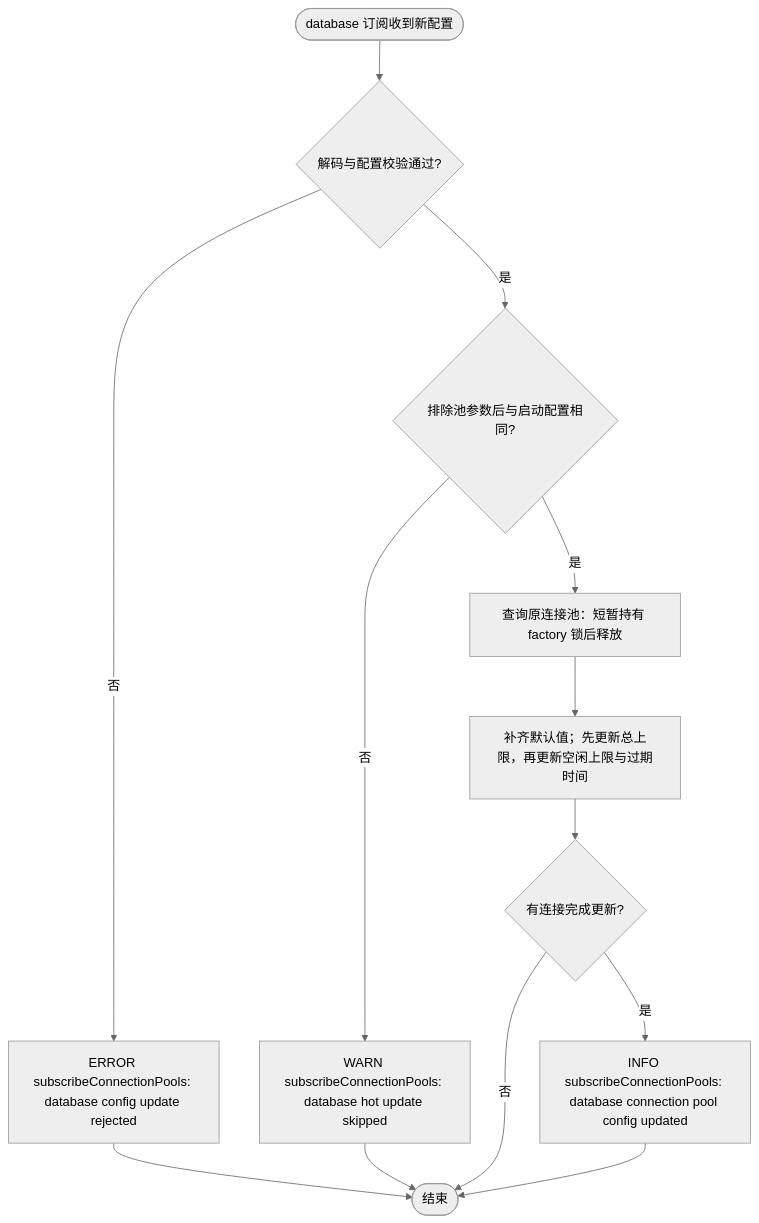
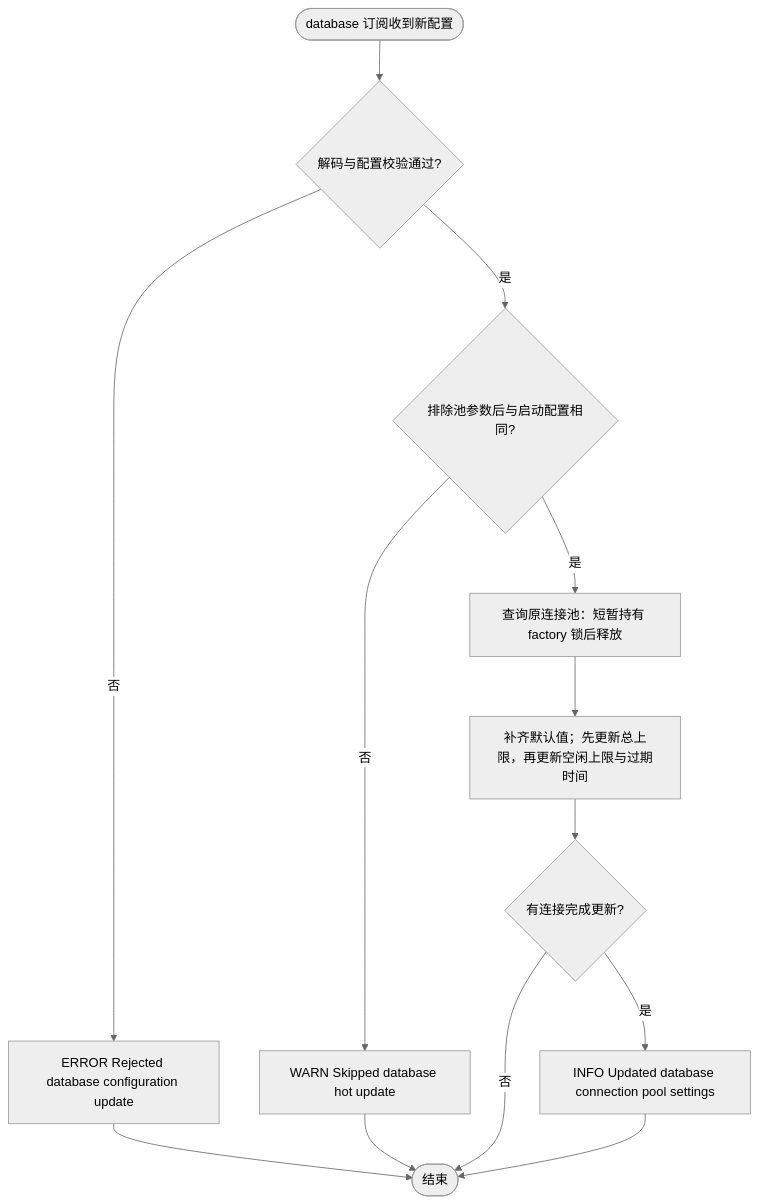
Before and after one commit to jaggerzhuang1994/kratos-foundation: the fifth of 9 diagrams in pkg/database/README.md, drawn with Mermaid (neutral theme). The commit also changed other lines of this file and 96 other files, not shown here.

````diff
--- a/pkg/database/README.md
+++ b/pkg/database/README.md
@@ -157,15 +157,15 @@
 ```mermaid
 flowchart TD
     A([database 订阅收到新配置]) --> B{解码与配置校验通过?}
-    B -- 否 --> C[ERROR subscribeConnectionPools: database config update rejected]
+    B -- 否 --> C[ERROR Rejected database configuration update]
     B -- 是 --> D{排除池参数后与启动配置相同?}
-    D -- 否 --> E[WARN subscribeConnectionPools: database hot update skipped]
+    D -- 否 --> E[WARN Skipped database hot update]
     D -- 是 --> F[查询原连接池：短暂持有 factory 锁后释放]
     F --> G[补齐默认值；先更新总上限，再更新空闲上限与过期时间]
     G --> H{有连接完成更新?}
-    H -- 是 --> J[INFO subscribeConnectionPools: database connection pool config updated]
+    H -- 是 --> J[INFO Updated database connection pool settings]
     C --> I([结束])
     E --> I
     H -- 否 --> I
     J --> I
 ```
````
